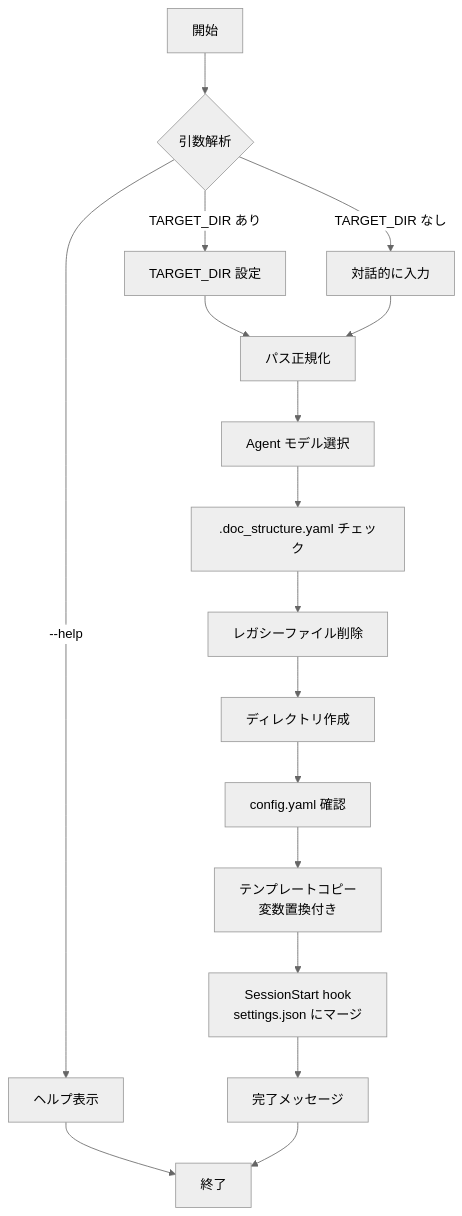
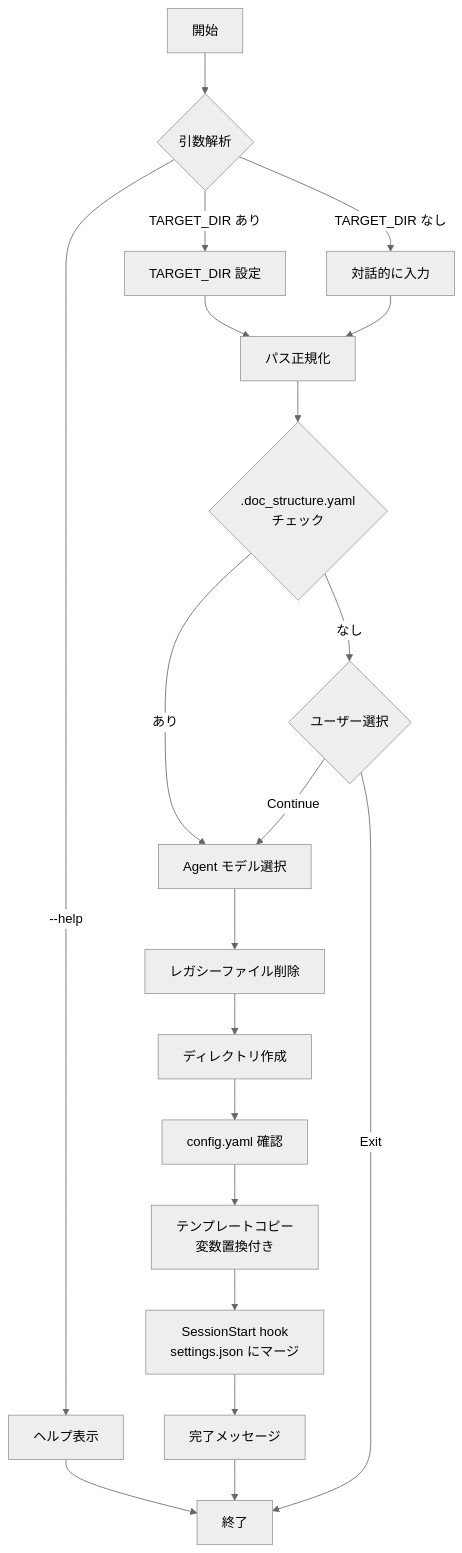
One commit to BlueEventHorizon/DocAdvisor-CC changed the diagram in specs/design/DES-001_setup_script.md. Above: the diagram before and after it, drawn with Mermaid (neutral theme). The commit also changed other lines of this file and 2 other files, not shown here.

Commit message:
[4-0] fix: hook

````diff
--- a/specs/design/DES-001_setup_script.md
+++ b/specs/design/DES-001_setup_script.md
@@ -46,21 +46,25 @@
 ```mermaid
 flowchart TD
     A[開始] --> B{引数解析}
     B -->|--help| C[ヘルプ表示] --> Z[終了]
     B -->|TARGET_DIR あり| D[TARGET_DIR 設定]
     B -->|TARGET_DIR なし| E[対話的に入力]
 
     D --> F[パス正規化]
     E --> F
 
-    F --> G[Agent モデル選択]
-    G --> G2[.doc_structure.yaml チェック]
-    G2 --> H[レガシーファイル削除]
+    F --> F2{.doc_structure.yaml<br>チェック}
+    F2 -->|あり| G[Agent モデル選択]
+    F2 -->|なし| F3{ユーザー選択}
+    F3 -->|Continue| G
+    F3 -->|Exit| Z
+
+    G --> H[レガシーファイル削除]
 
     H --> I[ディレクトリ作成]
     I --> J[config.yaml 確認]
     J --> K[テンプレートコピー<br>変数置換付き]
     K --> L[SessionStart hook<br>settings.json にマージ]
     L --> M[完了メッセージ]
     M --> Z
 ```
````
